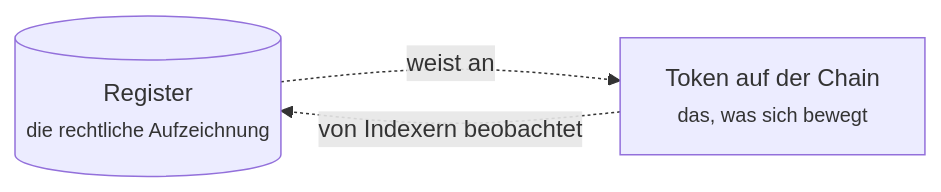
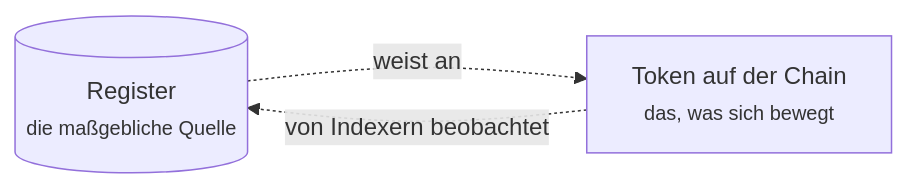
One commit to makibytes/registerwerk changed the diagram in docs/customer/index.de.md. Above: the diagram before and after it, drawn with Mermaid. The commit also changed other lines of this file and 203 other files, not shown here.

````diff
--- a/docs/customer/index.de.md
+++ b/docs/customer/index.de.md
@@ -75,7 +75,7 @@
 ```mermaid
 graph LR
-    R[("Register<br/><small>die rechtliche Aufzeichnung</small>")]
+    R[("Register<br/><small>die maßgebliche Quelle</small>")]
     T["Token auf der Chain<br/><small>das, was sich bewegt</small>"]
     R -.->|"weist an"| T
     T -.->|"von Indexern beobachtet"| R
 ```
````
